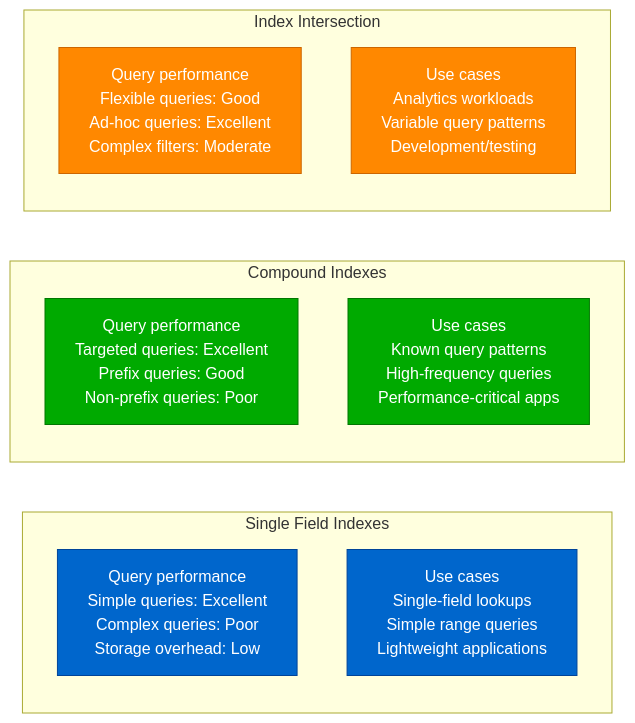
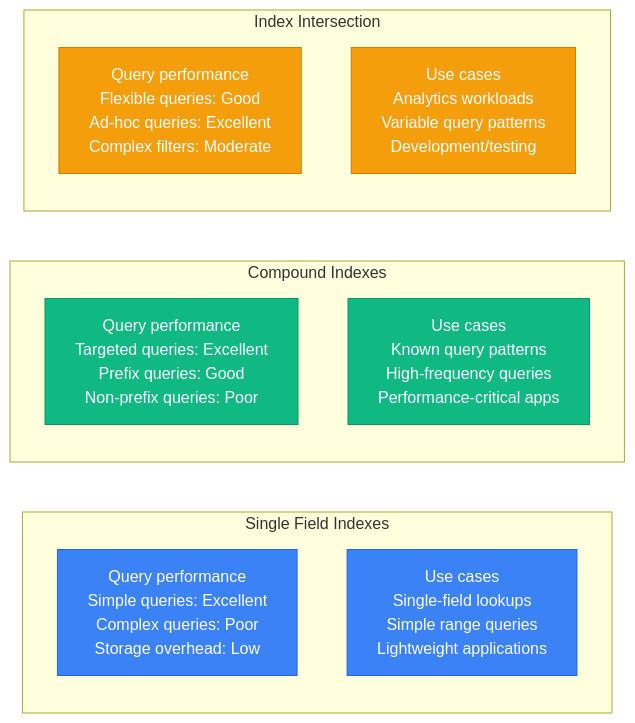
The seventh of 14 diagrams in site/docs/performance/mongodb-performance-profile.md (deepaucksharma/DS), drawn with Mermaid before and after one commit. The commit also changed other lines of this file and 303 other files, not shown here.

````diff
--- a/site/docs/performance/mongodb-performance-profile.md
+++ b/site/docs/performance/mongodb-performance-profile.md
@@ -240,28 +240,28 @@
 ```mermaid
 graph LR
     subgraph "Single Field Indexes"
         S1[Query performance<br/>Simple queries: Excellent<br/>Complex queries: Poor<br/>Storage overhead: Low]
 
         S2[Use cases<br/>Single-field lookups<br/>Simple range queries<br/>Lightweight applications]
     end
 
     subgraph "Compound Indexes"
         C1[Query performance<br/>Targeted queries: Excellent<br/>Prefix queries: Good<br/>Non-prefix queries: Poor]
 
         C2[Use cases<br/>Known query patterns<br/>High-frequency queries<br/>Performance-critical apps]
     end
 
     subgraph "Index Intersection"
         I1[Query performance<br/>Flexible queries: Good<br/>Ad-hoc queries: Excellent<br/>Complex filters: Moderate]
 
         I2[Use cases<br/>Analytics workloads<br/>Variable query patterns<br/>Development/testing]
     end
 
-    classDef singleStyle fill:#0066CC,stroke:#004499,color:#fff
-    classDef compoundStyle fill:#00AA00,stroke:#007700,color:#fff
-    classDef intersectionStyle fill:#FF8800,stroke:#CC6600,color:#fff
+    classDef singleStyle fill:#3B82F6,stroke:#2563EB,color:#fff
+    classDef compoundStyle fill:#10B981,stroke:#059669,color:#fff
+    classDef intersectionStyle fill:#F59E0B,stroke:#D97706,color:#fff
 
     class S1,S2 singleStyle
     class C1,C2 compoundStyle
     class I1,I2 intersectionStyle
 ```
````
